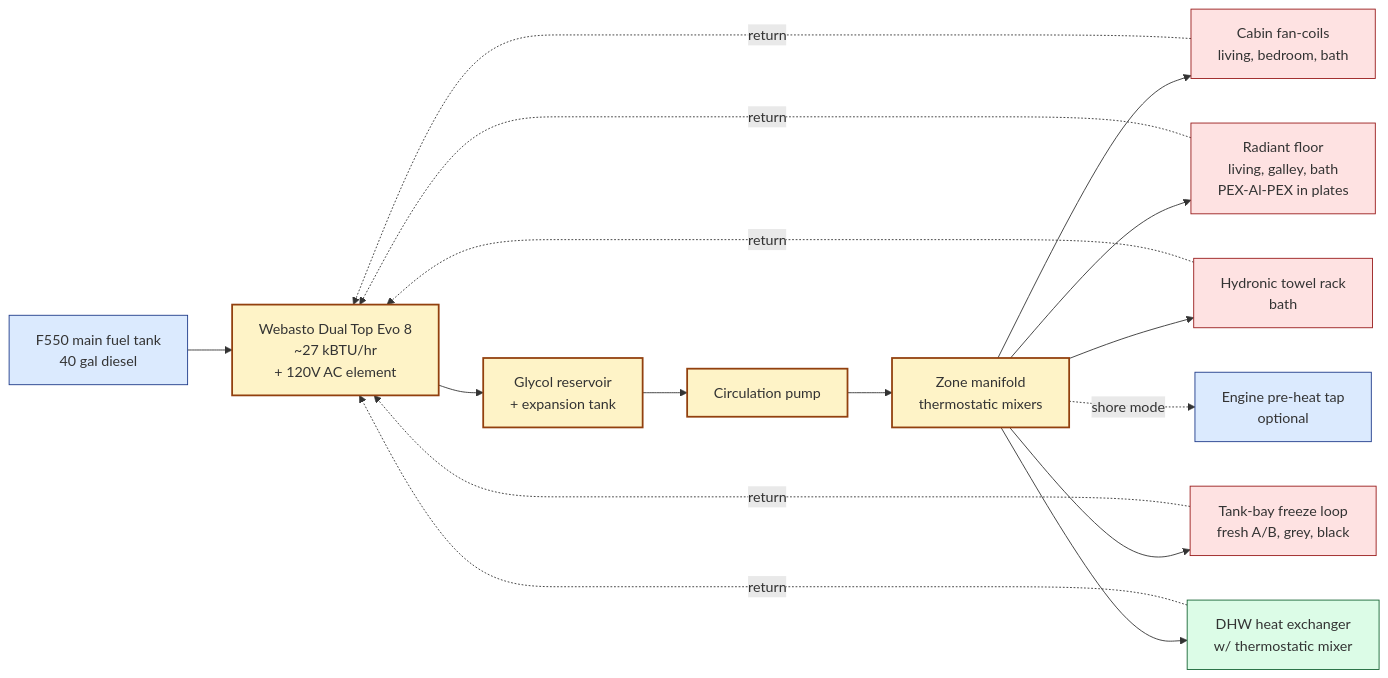
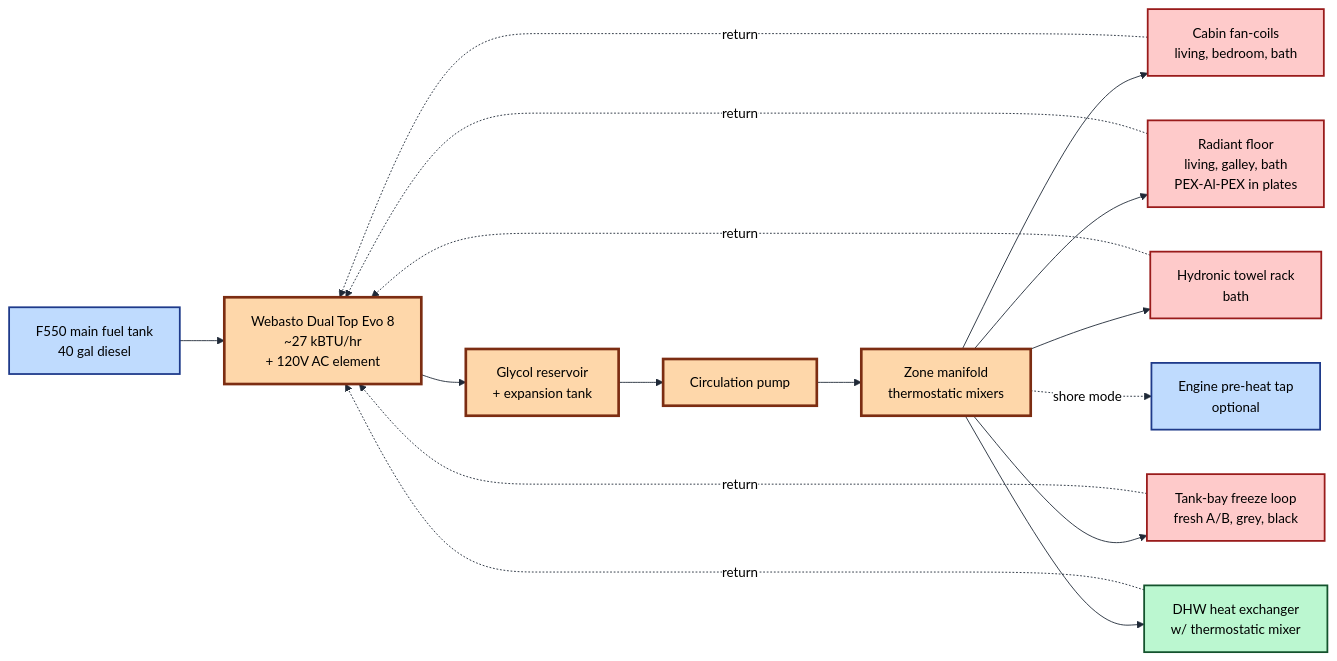
The diagram in diagrams/hydronic-loop.mmd (glonnon/diyearthroamer), drawn with Mermaid before and after one commit. The commit also changed 15 other files, not shown here.

First line of the commit message:
Mermaid contrast fixes + dinette / bath / wardrobe / cabover modules

```diff
--- a/diagrams/hydronic-loop.mmd
+++ b/diagrams/hydronic-loop.mmd
@@ -1,35 +1,36 @@
 %% Hydronic heating loop — Webasto Dual Top Evo 8
 %% Render: mmdc -i diagrams/hydronic-loop.mmd -o diagrams/hydronic-loop.svg
+%%{init: {'theme':'base','themeVariables':{'primaryColor':'#fff','primaryTextColor':'#000','primaryBorderColor':'#000','lineColor':'#1f2937','fontFamily':'Inter, system-ui, sans-serif','fontSize':'15px'}}}%%
 flowchart LR
-    classDef heat fill:#fef3c7,stroke:#92400e,stroke-width:2px
-    classDef zone fill:#fee2e2,stroke:#991b1b,stroke-width:1px
-    classDef tank fill:#dcfce7,stroke:#166534,stroke-width:1px
-    classDef src fill:#dbeafe,stroke:#1e3a8a,stroke-width:1px
+    classDef heat fill:#fed7aa,stroke:#7c2d12,stroke-width:3px,color:#000
+    classDef zone fill:#fecaca,stroke:#991b1b,stroke-width:2px,color:#000
+    classDef tank fill:#bbf7d0,stroke:#14532d,stroke-width:2px,color:#000
+    classDef src fill:#bfdbfe,stroke:#1e3a8a,stroke-width:2px,color:#000
 
     Diesel[F550 main fuel tank<br/>40 gal diesel]:::src
     Burner[Webasto Dual Top Evo 8<br/>~27 kBTU/hr<br/>+ 120V AC element]:::heat
     Reservoir[Glycol reservoir<br/>+ expansion tank]:::heat
     Pump[Circulation pump]:::heat
     ZoneManifold[Zone manifold<br/>thermostatic mixers]:::heat
 
     Cabin[Cabin fan-coils<br/>living, bedroom, bath]:::zone
     Radiant[Radiant floor<br/>living, galley, bath<br/>PEX-Al-PEX in plates]:::zone
     Towel[Hydronic towel rack<br/>bath]:::zone
     TankBay[Tank-bay freeze loop<br/>fresh A/B, grey, black]:::zone
     DHWHX[DHW heat exchanger<br/>w/ thermostatic mixer]:::tank
     Engine[Engine pre-heat tap<br/>optional]:::src
 
     Diesel --> Burner
     Burner --> Reservoir --> Pump --> ZoneManifold
     ZoneManifold --> Cabin
     ZoneManifold --> Radiant
     ZoneManifold --> Towel
     ZoneManifold --> TankBay
     ZoneManifold --> DHWHX
     ZoneManifold -. shore mode .-> Engine
 
     Cabin -. return .-> Burner
     Radiant -. return .-> Burner
     Towel -. return .-> Burner
     TankBay -. return .-> Burner
     DHWHX -. return .-> Burner
```
